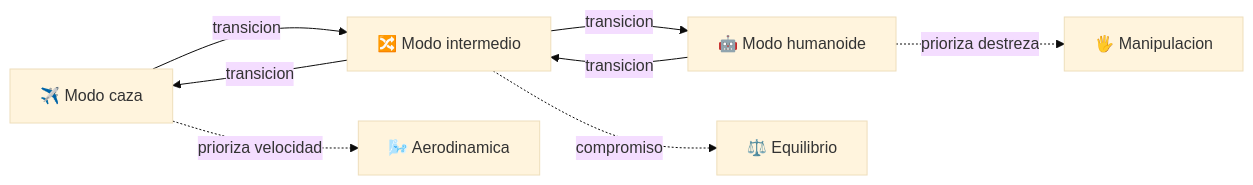
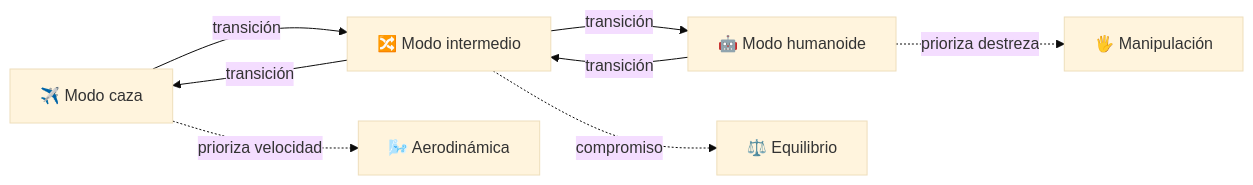
The diagram in vehiculos-fantasticos/caza-transformable/operacion/caracteristicas-caza-transformable.md (vladimiracunadev-create/machine-operator-program), drawn with Mermaid (base theme) before and after one commit. The commit also changed other lines of this file and 442 other files, not shown here.

````diff
--- a/vehiculos-fantasticos/caza-transformable/operacion/caracteristicas-caza-transformable.md
+++ b/vehiculos-fantasticos/caza-transformable/operacion/caracteristicas-caza-transformable.md
@@ -12,10 +12,10 @@
 ```mermaid
 flowchart LR
-    Caza[✈️ Modo caza] -->|transicion| Intermedio[🔀 Modo intermedio]
-    Intermedio -->|transicion| Humanoide[🤖 Modo humanoide]
-    Humanoide -->|transicion| Intermedio
-    Intermedio -->|transicion| Caza
-    Caza -.->|prioriza velocidad| Vel[🌬️ Aerodinamica]
-    Humanoide -.->|prioriza destreza| Des[🖐️ Manipulacion]
+    Caza[✈️ Modo caza] -->|transición| Intermedio[🔀 Modo intermedio]
+    Intermedio -->|transición| Humanoide[🤖 Modo humanoide]
+    Humanoide -->|transición| Intermedio
+    Intermedio -->|transición| Caza
+    Caza -.->|prioriza velocidad| Vel[🌬️ Aerodinámica]
+    Humanoide -.->|prioriza destreza| Des[🖐️ Manipulación]
     Intermedio -.->|compromiso| Mix[⚖️ Equilibrio]
 ```
````
